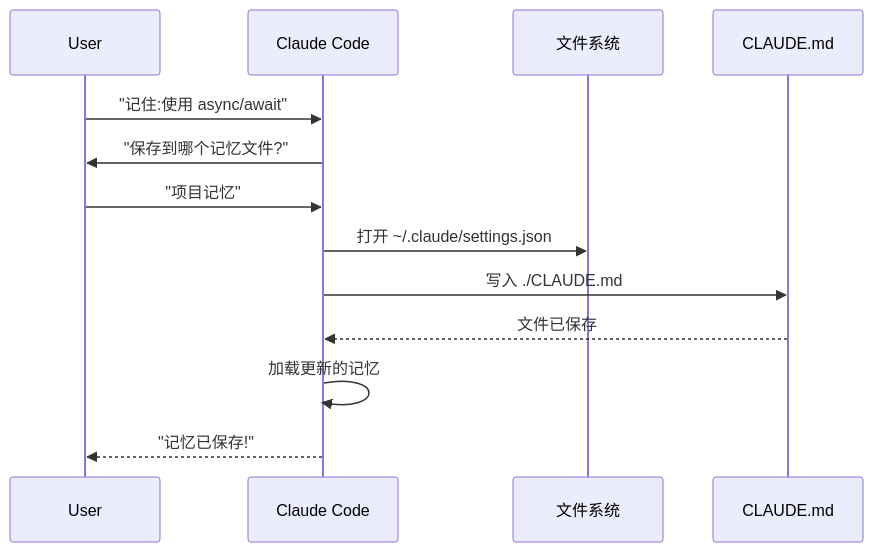
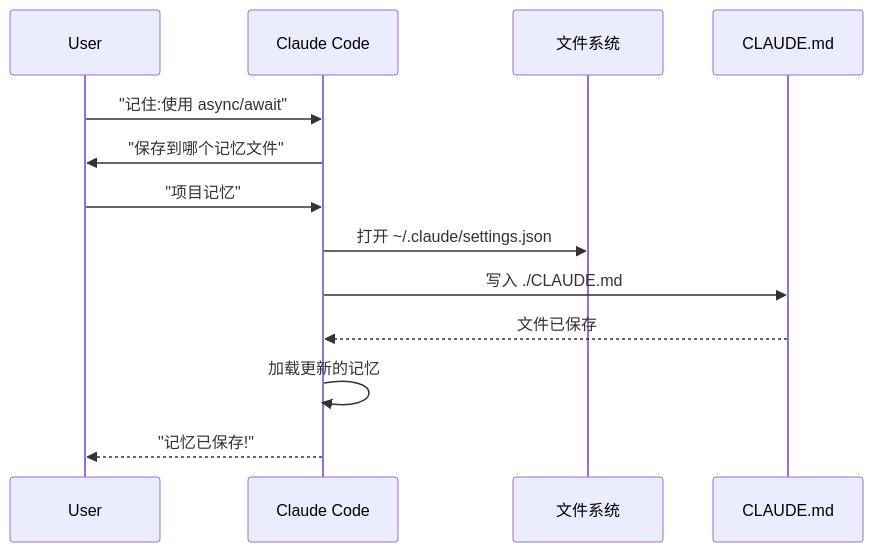
Before and after one commit to Rx782-Fss/claude-howto-zh: the tenth of 31 diagrams in claude-howto-zh/claude_concepts_guide.md, drawn with Mermaid. The commit also changed other lines of this file and 6 other files, not shown here.

First line of the commit message:
fix: 清除 Mermaid 节点/消息中的问号(?)导致GitHub渲染失败

````diff
--- a/claude-howto-zh/claude_concepts_guide.md
+++ b/claude-howto-zh/claude_concepts_guide.md
@@ -612,16 +612,16 @@
 ```mermaid
 sequenceDiagram
     participant User
     participant Claude as Claude Code
     participant Editor as 文件系统
     participant Memory as CLAUDE.md
 
     User->>Claude: "记住:使用 async/await"
-    Claude->>User: "保存到哪个记忆文件?"
+    Claude->>User: "保存到哪个记忆文件"
     User->>Claude: "项目记忆"
     Claude->>Editor: 打开 ~/.claude/settings.json
     Claude->>Memory: 写入 ./CLAUDE.md
     Memory-->>Claude: 文件已保存
     Claude->>Claude: 加载更新的记忆
     Claude-->>User: "记忆已保存!"
 ```
````
